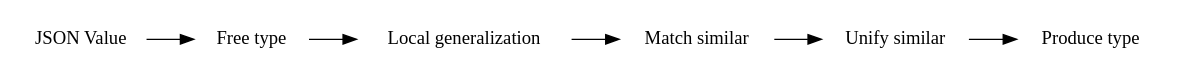
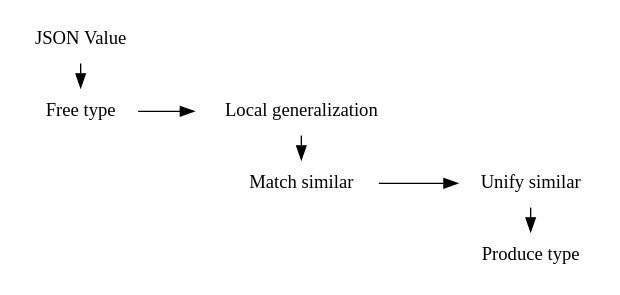
Before and after one commit to mgajda/less-arbitrary: the second of 2 diagrams in towards-better-union.md, drawn with Graphviz. The commit also changed other lines of this file and 1 other file, not shown here.

````diff
--- a/towards-better-union.md
+++ b/towards-better-union.md
@@ -367,7 +359,23 @@
-```dot
+```dot { width=45% height=14% #fig:dataflow }
 digraph {
+  margin=0;
   node [shape=box,color=white];
   rankdir=LR;
+  subgraph g1 {
+    "JSON Value";
+    "Free type";
+    rank=same;
+  }
+  subgraph g2 {
+    "Local generalization";
+    "Match similar";
+    rank=same;
+  }
+  subgraph g3 {
+    "Unify similar";
+    "Produce type";
+    rank=same;
+  }
   "JSON Value" -> "Free type" -> "Local generalization" -> "Match similar" -> "Unify similar" -> "Produce type";
 }
 ```
````
